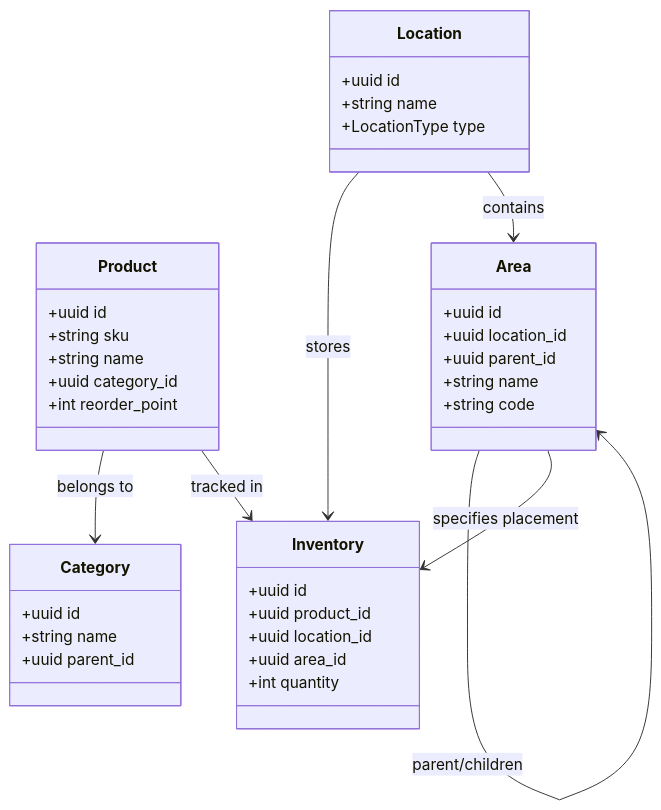
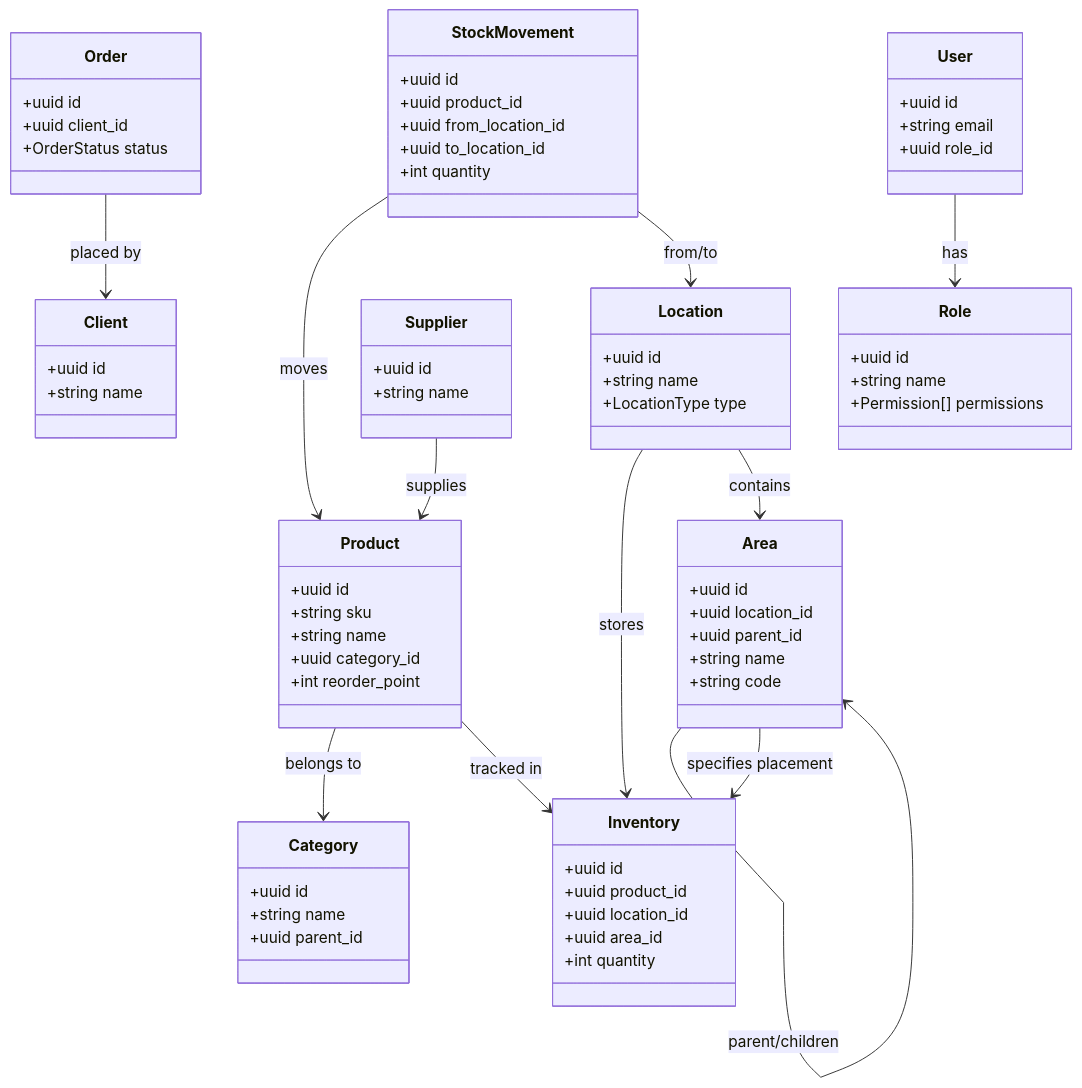
The second of 2 diagrams in docs/development/architecture.md (librestock/documentation), drawn with Mermaid before and after one commit. The commit also changed other lines of this file and 55 other files, not shown here.

````diff
--- a/docs/development/architecture.md
+++ b/docs/development/architecture.md
@@ -135,10 +187,51 @@
         +uuid parent_id
     }
 
+    class Client {
+        +uuid id
+        +string name
+    }
+
+    class Supplier {
+        +uuid id
+        +string name
+    }
+
+    class Order {
+        +uuid id
+        +uuid client_id
+        +OrderStatus status
+    }
+
+    class StockMovement {
+        +uuid id
+        +uuid product_id
+        +uuid from_location_id
+        +uuid to_location_id
+        +int quantity
+    }
+
+    class Role {
+        +uuid id
+        +string name
+        +Permission[] permissions
+    }
+
+    class User {
+        +uuid id
+        +string email
+        +uuid role_id
+    }
+
     Product --> Category : belongs to
     Product --> Inventory : tracked in
     Location --> Inventory : stores
     Location --> Area : contains
     Area --> Area : parent/children
     Area --> Inventory : specifies placement
+    Order --> Client : placed by
+    Supplier --> Product : supplies
+    StockMovement --> Product : moves
+    StockMovement --> Location : from/to
+    User --> Role : has
 ```
````
